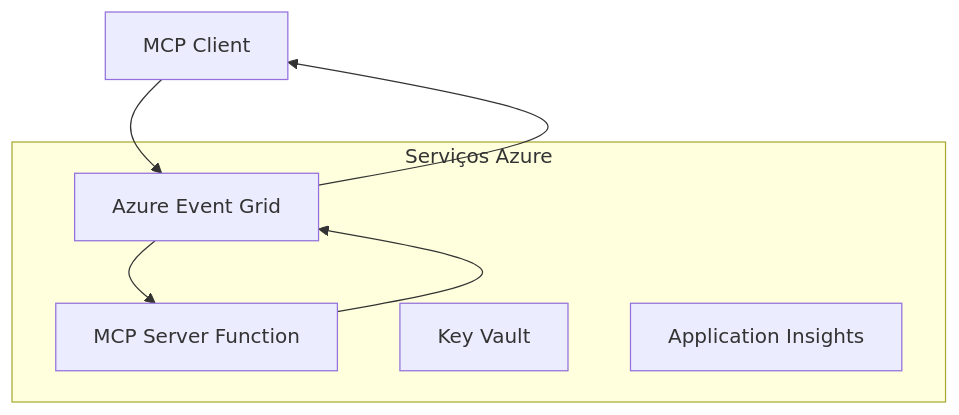
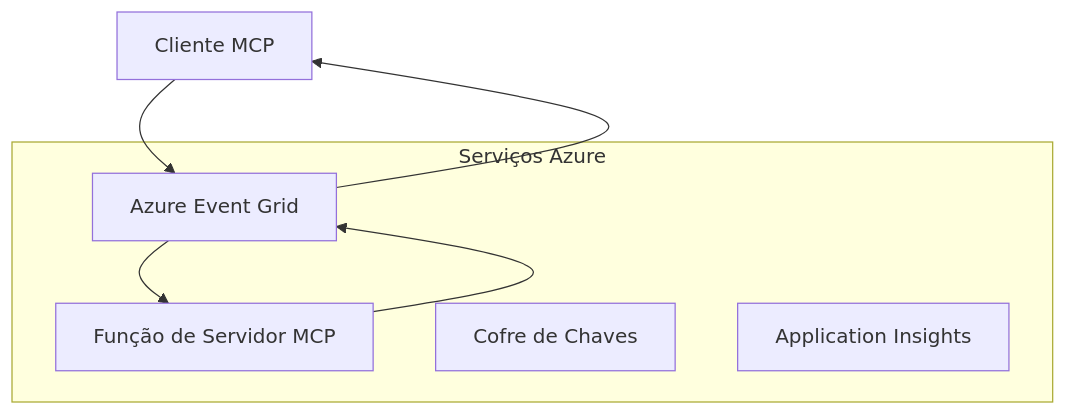
Before and after one commit to HIDORAKAI002/ai-workspace-archive: the first of 2 diagrams in mcp_ecosystem__model_context_protocol/mcp_learning_resources/mcp-for-beginners/translations/pt-PT/05-AdvancedTopics/mcp-transport/README.md, drawn with Mermaid. The commit also changed other lines of this file and 1046 other files, not shown here.

````diff
--- a/mcp_ecosystem__model_context_protocol/mcp_learning_resources/mcp-for-beginners/translations/pt-PT/05-AdvancedTopics/mcp-transport/README.md
+++ b/mcp_ecosystem__model_context_protocol/mcp_learning_resources/mcp-for-beginners/translations/pt-PT/05-AdvancedTopics/mcp-transport/README.md
@@ -58,14 +60,14 @@
 ```mermaid
 graph TB
-    Client[MCP Client] --> EG[Azure Event Grid]
-    EG --> Server[MCP Server Function]
+    Client[Cliente MCP] --> EG[Azure Event Grid]
+    EG --> Server[Função de Servidor MCP]
     Server --> EG
     EG --> Client
     
     subgraph "Serviços Azure"
         EG
         Server
-        KV[Key Vault]
+        KV[Cofre de Chaves]
         Monitor[Application Insights]
     end
 ```
````
